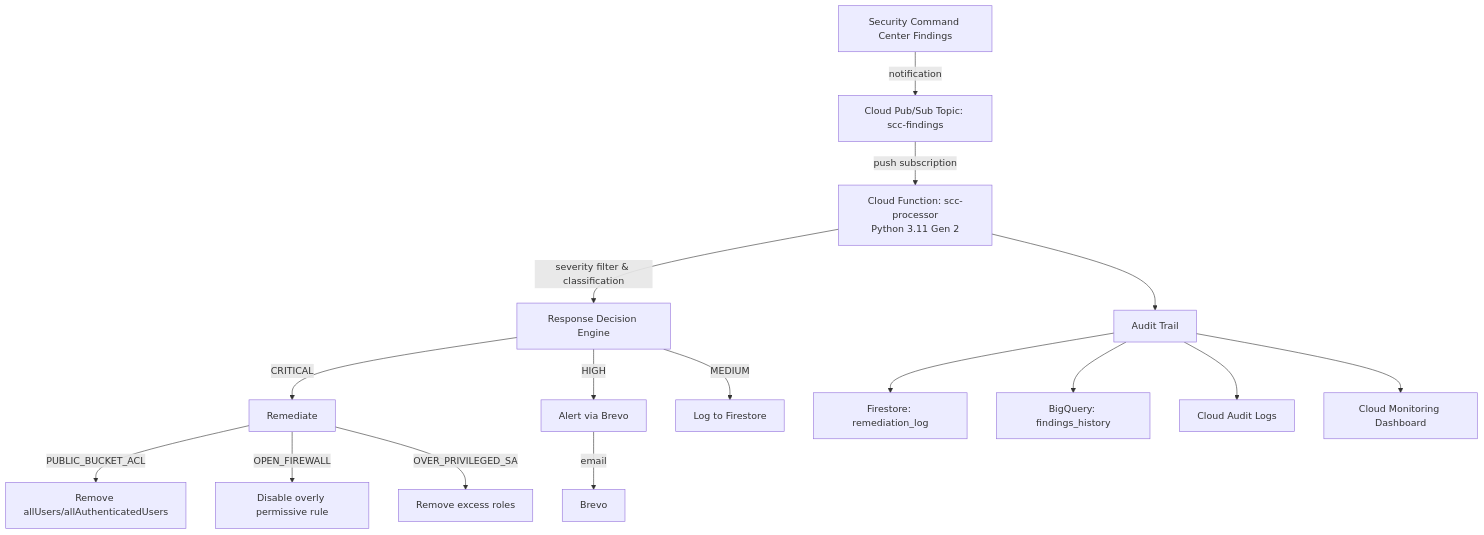
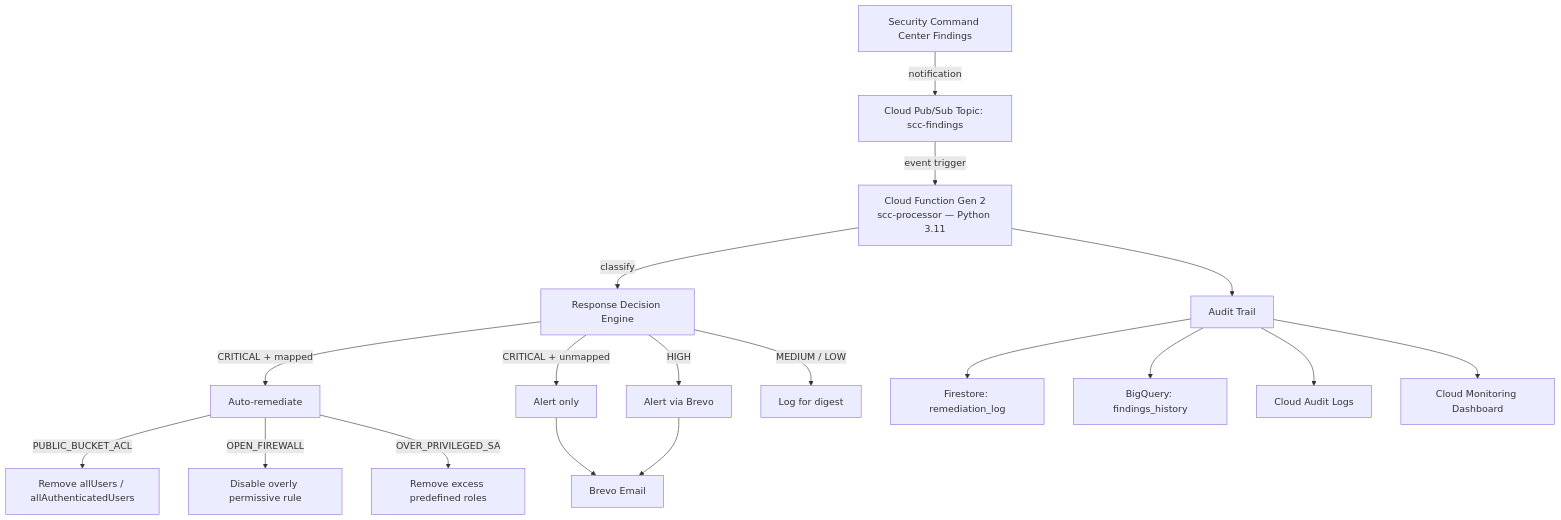
The first of 2 diagrams in README.md (Bigbadlonewolf/SecureVault), drawn with Mermaid before and after one commit. The commit also changed other lines of this file and 32 other files, not shown here.

````diff
--- a/README.md
+++ b/README.md
@@ -19,18 +25,20 @@
 ```mermaid
 flowchart TD
     SCC[Security Command Center Findings] -->|notification| PS[Cloud Pub/Sub Topic: scc-findings]
-    PS -->|push subscription| CF[Cloud Function: scc-processor<br/>Python 3.11 Gen 2]
-    CF -->|severity filter & classification| DE[Response Decision Engine]
-    DE -->|CRITICAL| REM[Remediate]
-    DE -->|HIGH| ALERT[Alert via Brevo]
-    DE -->|MEDIUM| LOG[Log to Firestore]
-    REM -->|PUBLIC_BUCKET_ACL| A1[Remove allUsers/allAuthenticatedUsers]
+    PS -->|event trigger| CF[Cloud Function Gen 2<br/>scc-processor — Python 3.11]
+    CF -->|classify| DE[Response Decision Engine]
+    DE -->|CRITICAL + mapped| REM[Auto-remediate]
+    DE -->|CRITICAL + unmapped| ALERT1[Alert only]
+    DE -->|HIGH| ALERT2[Alert via Brevo]
+    DE -->|MEDIUM / LOW| LOG[Log for digest]
+    REM -->|PUBLIC_BUCKET_ACL| A1[Remove allUsers / allAuthenticatedUsers]
     REM -->|OPEN_FIREWALL| A2[Disable overly permissive rule]
-    REM -->|OVER_PRIVILEGED_SA| A3[Remove excess roles]
-    ALERT -->|email| B[Brevo]
+    REM -->|OVER_PRIVILEGED_SA| A3[Remove excess predefined roles]
+    ALERT1 --> BV[Brevo Email]
+    ALERT2 --> BV
     CF --> AUDIT[Audit Trail]
     AUDIT --> FS[Firestore: remediation_log]
     AUDIT --> BQ[BigQuery: findings_history]
     AUDIT --> CAL[Cloud Audit Logs]
     AUDIT --> MON[Cloud Monitoring Dashboard]
 ```
````
